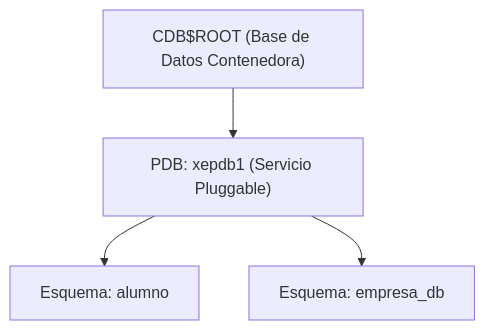
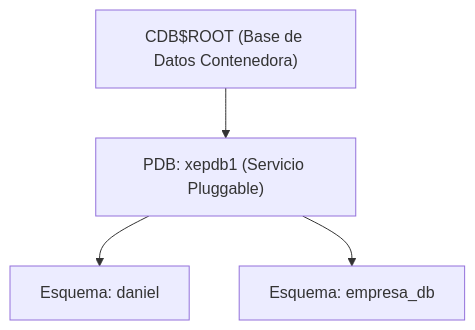
Before and after one commit to JohnDSil/apuntes_asir: the first of 4 diagrams in docs/2-curso/asgbd/07-administracion-oracle-plsql.md, drawn with Mermaid. The commit also changed other lines of this file and 3 other files, not shown here.

````diff
--- a/docs/2-curso/asgbd/07-administracion-oracle-plsql.md
+++ b/docs/2-curso/asgbd/07-administracion-oracle-plsql.md
@@ -13,6 +13,6 @@
 ```mermaid
 flowchart TD
     CDB["CDB$ROOT (Base de Datos Contenedora)"] --> PDB1["PDB: xepdb1 (Servicio Pluggable)"]
-    PDB1 --> UserA["Esquema: alumno"]
+    PDB1 --> UserA["Esquema: daniel"]
     PDB1 --> UserB["Esquema: empresa_db"]
 ```
````
